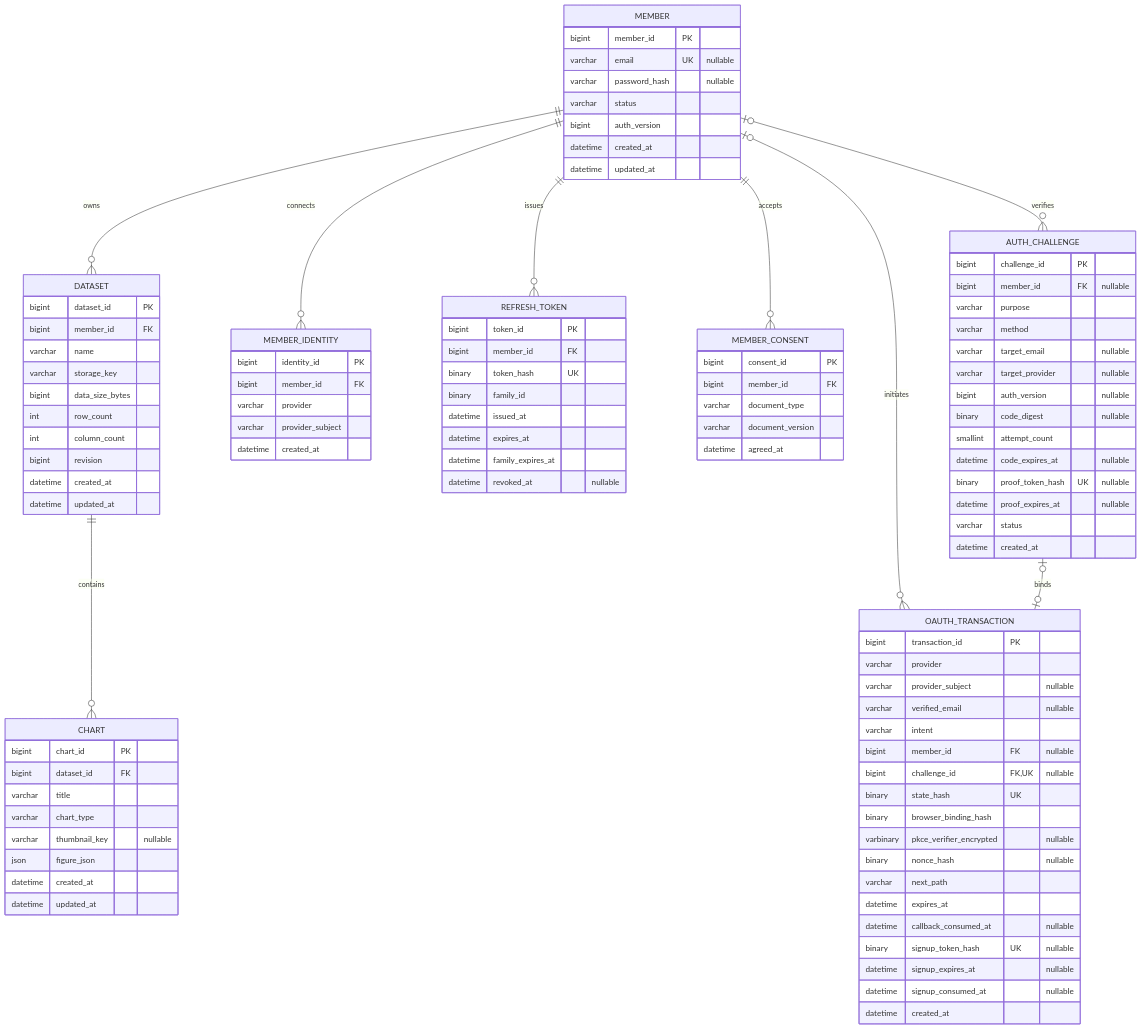
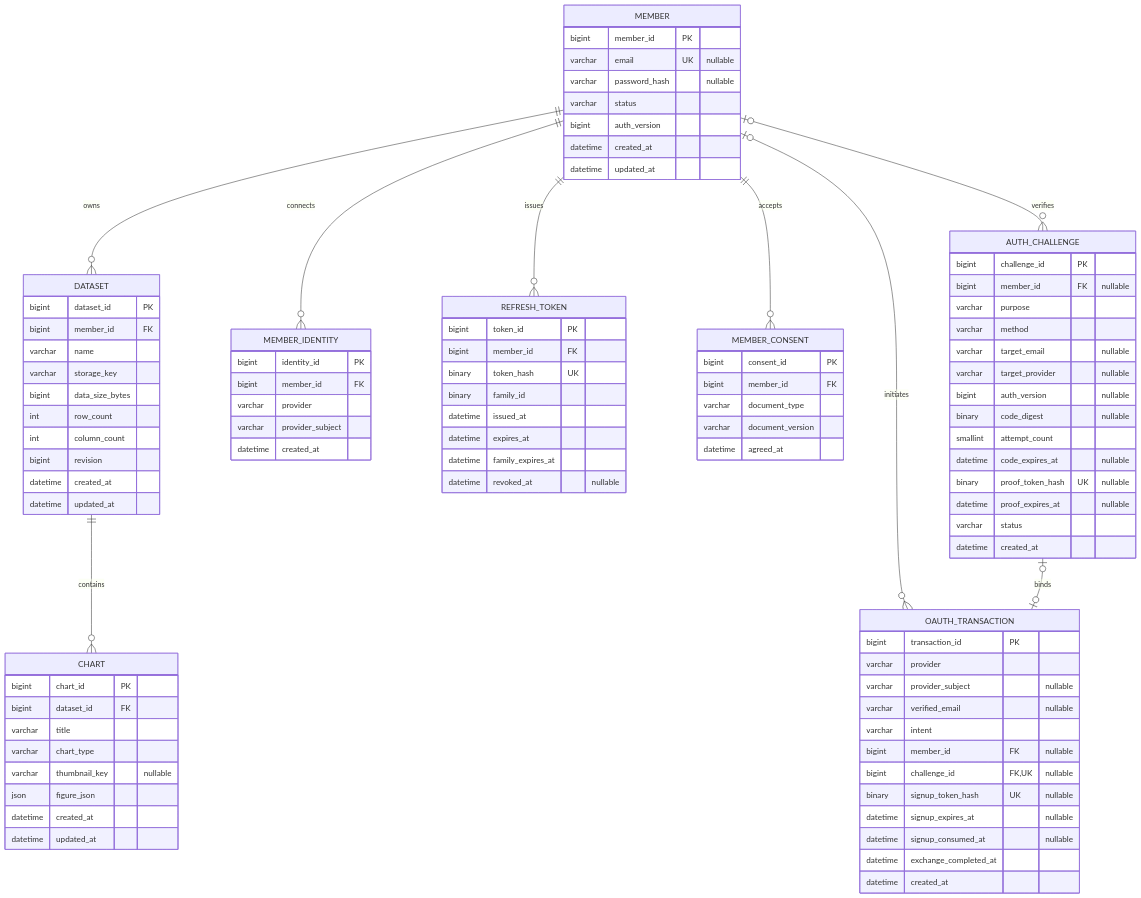
One commit to MAC-MakeAnimationChart/MAC-BE changed the second of 2 diagrams in docs/AUTH_ERD_REVIEW.md. Above: the diagram before and after it, drawn with Mermaid. The commit also changed other lines of this file and 88 other files, not shown here.

```diff
--- a/docs/AUTH_ERD_REVIEW.md
+++ b/docs/AUTH_ERD_REVIEW.md
@@ -113,16 +116,10 @@
         varchar intent
         bigint member_id FK "nullable"
         bigint challenge_id FK,UK "nullable"
-        binary state_hash UK
-        binary browser_binding_hash
-        varbinary pkce_verifier_encrypted "nullable"
-        binary nonce_hash "nullable"
-        varchar next_path
-        datetime expires_at
-        datetime callback_consumed_at "nullable"
         binary signup_token_hash UK "nullable"
         datetime signup_expires_at "nullable"
         datetime signup_consumed_at "nullable"
+        datetime exchange_completed_at
         datetime created_at
     }
     MEMBER_CONSENT {
```
